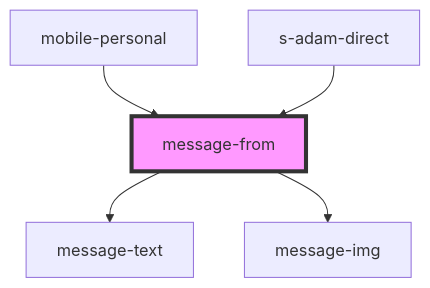
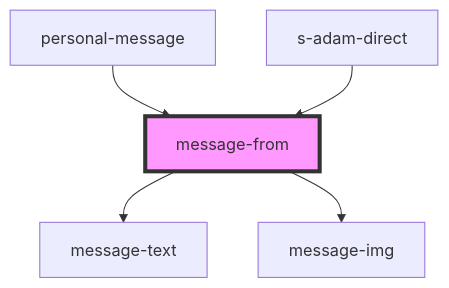
One commit to saqhan/stencil-chat changed the diagram in src/components/shared/messages/message-from/readme.md. Above: the diagram before and after it, drawn with Mermaid. The commit also changed other lines of this file and 16 other files, not shown here.

````diff
--- a/src/components/shared/messages/message-from/readme.md
+++ b/src/components/shared/messages/message-from/readme.md
@@ -28,8 +28,8 @@
 ```mermaid
 graph TD;
   message-from --> message-text
   message-from --> message-img
-  mobile-personal --> message-from
+  personal-message --> message-from
   s-adam-direct --> message-from
   style message-from fill:#f9f,stroke:#333,stroke-width:4px
 ```
````
